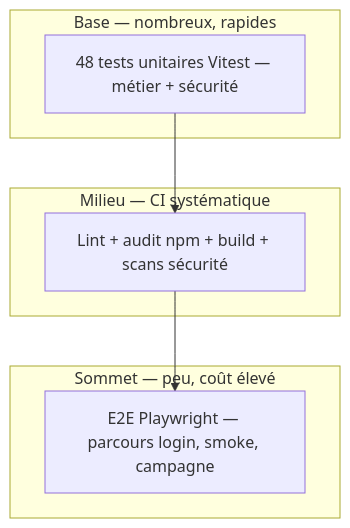
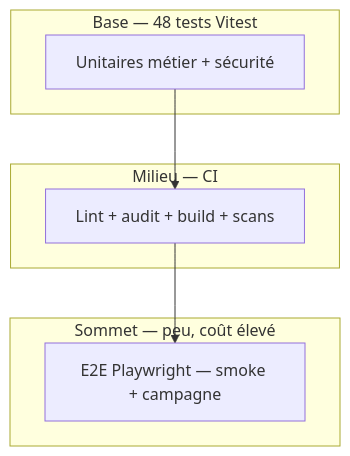
The second of 2 diagrams in docs/1.2 Préparer le déploiement d'une application/1.2.5 Planifier efficacement les tests.md (Meriem1403/Hublot), drawn with Mermaid before and after one commit. The commit also changed other lines of this file and 91 other files, not shown here.

````diff
--- a/docs/1.2 Préparer le déploiement d'une application/1.2.5 Planifier efficacement les tests.md
+++ b/docs/1.2 Préparer le déploiement d'une application/1.2.5 Planifier efficacement les tests.md
@@ -73,13 +99,13 @@
 ```mermaid
 flowchart TB
   subgraph top [Sommet — peu, coût élevé]
-    E2E["E2E Playwright — parcours login, smoke, campagne"]
+    E2E[E2E Playwright — smoke + campagne]
   end
-  subgraph mid [Milieu — CI systématique]
-    CI["Lint + audit npm + build + scans sécurité"]
+  subgraph mid [Milieu — CI]
+    CI[Lint + audit + build + scans]
   end
-  subgraph base [Base — nombreux, rapides]
-    U["48 tests unitaires Vitest — métier + sécurité"]
+  subgraph base [Base — 48 tests Vitest]
+    U[Unitaires métier + sécurité]
   end
   U --> CI --> E2E
 ```
````
